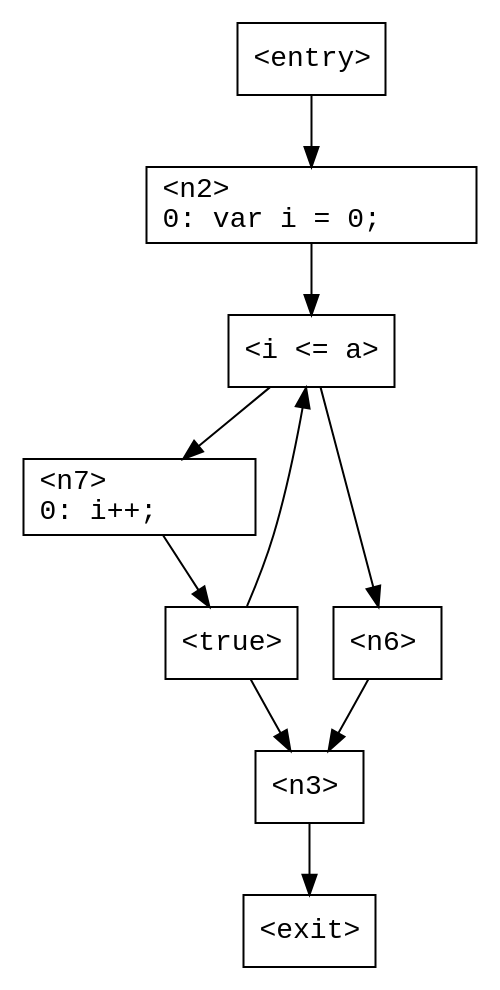
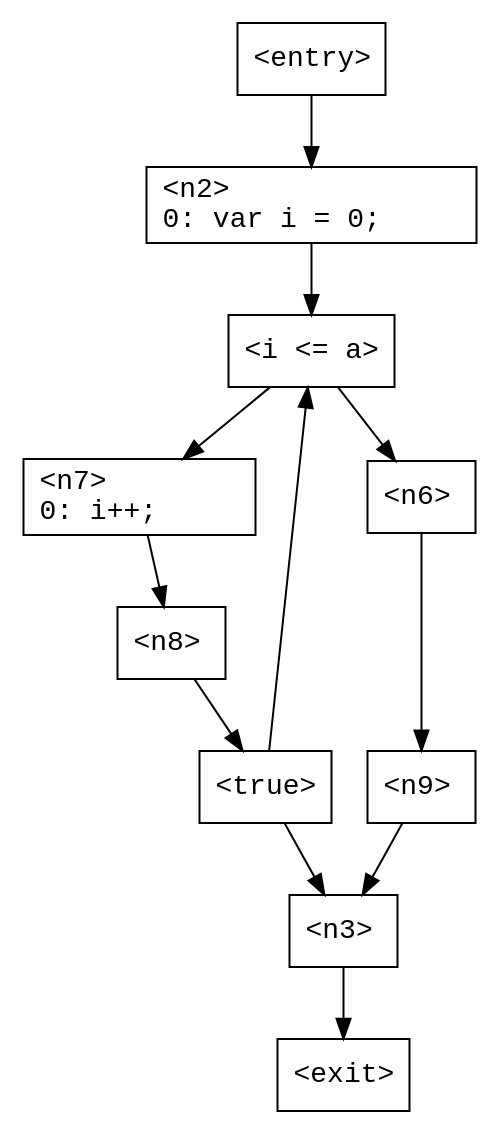
One commit to ashalkhakov/Tarp changed the diagram in TarpTests/Cfg/Data/TestDoContinue.gv. Above: the diagram before and after it, drawn with Graphviz. The commit also changed 13 other files, not shown here.

First line of the commit message:
Implement break/continue. Allow temporary 'join' nodes in the graph.

```diff
--- a/TarpTests/Cfg/Data/TestDoContinue.gv
+++ b/TarpTests/Cfg/Data/TestDoContinue.gv
@@ -1,36 +1,44 @@
 digraph G
 {
     n0 [ shape = "box"
              fontname = "Monospace"
              label = "<entry>\l" ];
       n0 -> n2;
     n1 [ shape = "box"
              fontname = "Monospace"
              label = "<exit>\l" ];
     n2 [ shape = "box"
              fontname = "Monospace"
              label = "<n2>\l0:	var i = 0;\l" ];
       n2 -> n4;
     n3 [ shape = "box"
              fontname = "Monospace"
              label = "<n3>\l" ];
       n3 -> n1;
     n4 [ shape = "box"
              fontname = "Monospace"
              label = "<i <= a>\l" ];
       n4 -> n7;
       n4 -> n6;
     n5 [ shape = "box"
              fontname = "Monospace"
              label = "<true>\l" ];
       n5 -> n4;
       n5 -> n3;
     n6 [ shape = "box"
              fontname = "Monospace"
              label = "<n6>\l" ];
-      n6 -> n3;
+      n6 -> n9;
     n7 [ shape = "box"
              fontname = "Monospace"
              label = "<n7>\l0:	i++;\l" ];
-      n7 -> n5;
+      n7 -> n8;
+    n8 [ shape = "box"
+             fontname = "Monospace"
+             label = "<n8>\l" ];
+      n8 -> n5;
+    n9 [ shape = "box"
+             fontname = "Monospace"
+             label = "<n9>\l" ];
+      n9 -> n3;
 }
```
